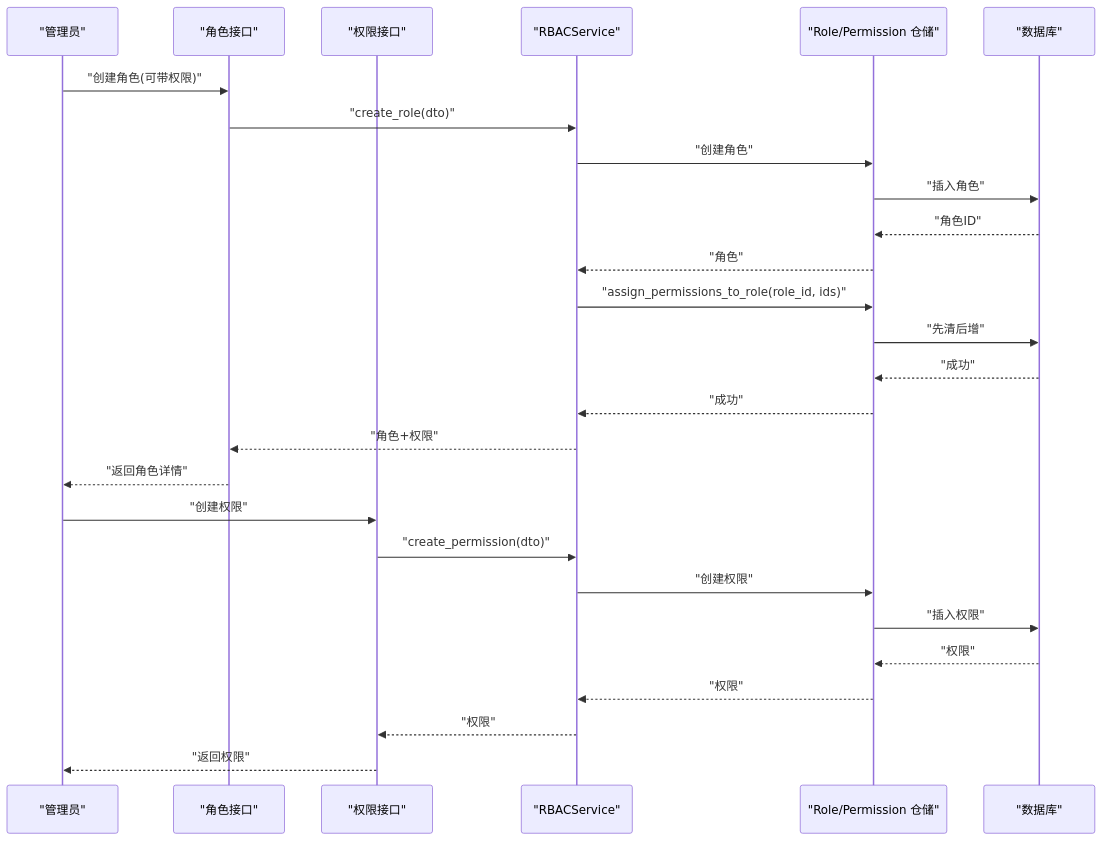
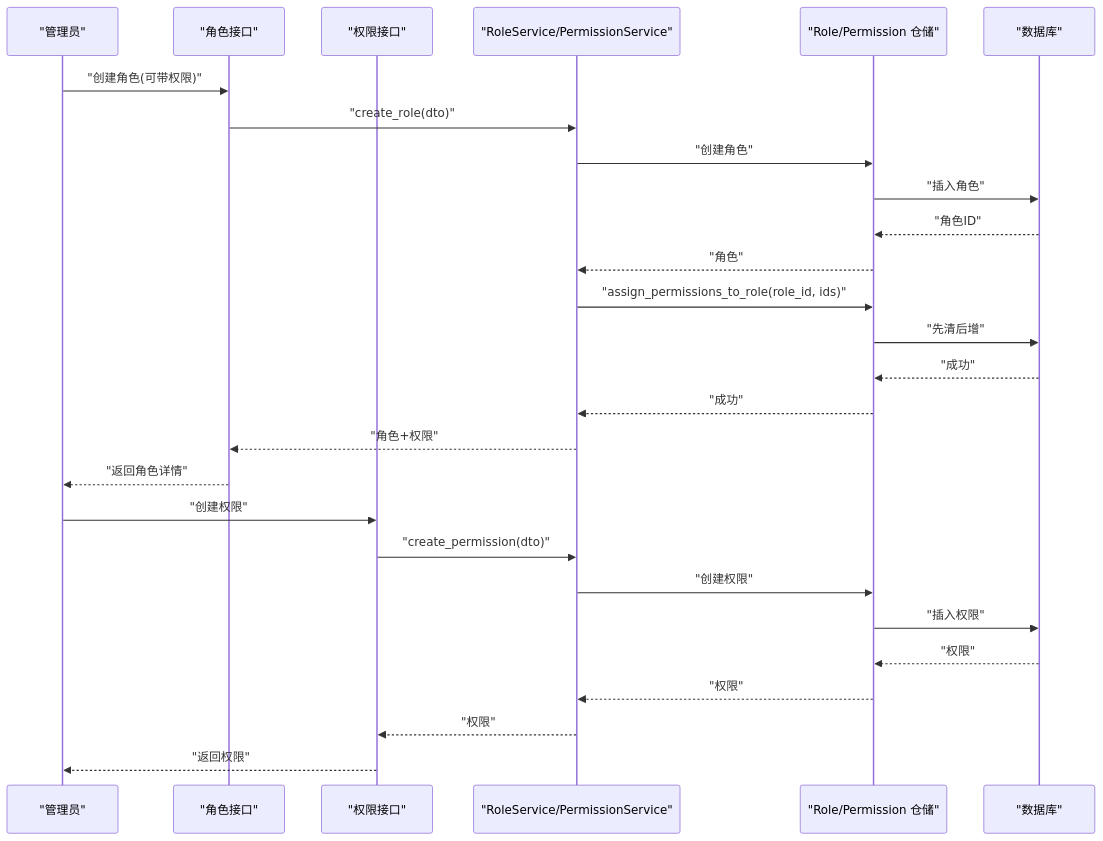
One commit to taoweidong/Hello-FastApi changed the seventh of 8 diagrams in .qoder/repowiki/zh/content/项目概述/核心特性/RBAC 权限控制/RBAC 权限控制.md. Above: the diagram before and after it, drawn with Mermaid. The commit also changed other lines of this file and 22 other files, not shown here.

````diff
--- a/.qoder/repowiki/zh/content/项目概述/核心特性/RBAC 权限控制/RBAC 权限控制.md
+++ b/.qoder/repowiki/zh/content/项目概述/核心特性/RBAC 权限控制/RBAC 权限控制.md
@@ -346,29 +387,29 @@
 ```mermaid
 sequenceDiagram
 participant Admin as "管理员"
 participant RoleAPI as "角色接口"
 participant PermAPI as "权限接口"
-participant Svc as "RBACService"
+participant Svc as "RoleService/PermissionService"
 participant Repo as "Role/Permission 仓储"
 participant DB as "数据库"
 Admin->>RoleAPI : "创建角色(可带权限)"
 RoleAPI->>Svc : "create_role(dto)"
 Svc->>Repo : "创建角色"
 Repo->>DB : "插入角色"
 DB-->>Repo : "角色ID"
 Repo-->>Svc : "角色"
 Svc->>Repo : "assign_permissions_to_role(role_id, ids)"
 Repo->>DB : "先清后增"
 DB-->>Repo : "成功"
 Repo-->>Svc : "成功"
 Svc-->>RoleAPI : "角色+权限"
 RoleAPI-->>Admin : "返回角色详情"
 Admin->>PermAPI : "创建权限"
 PermAPI->>Svc : "create_permission(dto)"
 Svc->>Repo : "创建权限"
 Repo->>DB : "插入权限"
 DB-->>Repo : "权限"
 Repo-->>Svc : "权限"
 Svc-->>PermAPI : "权限"
 PermAPI-->>Admin : "返回权限"
 ```
````
